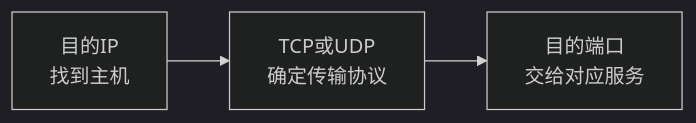
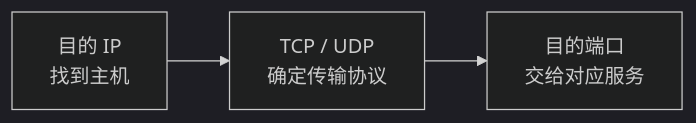
The diagram in 01_综合知识/01_计算机系统基础知识/03_计算机网络/06_传输层/端口与进程通信.md (74262195/system-architect-notes), drawn with Mermaid (dark theme) before and after one commit. The commit also changed other lines of this file and 5 other files, not shown here.

````diff
--- a/01_综合知识/01_计算机系统基础知识/03_计算机网络/06_传输层/端口与进程通信.md
+++ b/01_综合知识/01_计算机系统基础知识/03_计算机网络/06_传输层/端口与进程通信.md
@@ -75,5 +49,5 @@
 ```mermaid
 flowchart LR
-    A[目的IP<br/>找到主机] --> B[TCP或UDP<br/>确定传输协议]
+    A[目的 IP<br/>找到主机] --> B[TCP / UDP<br/>确定传输协议]
     B --> C[目的端口<br/>交给对应服务]
 ```
````
